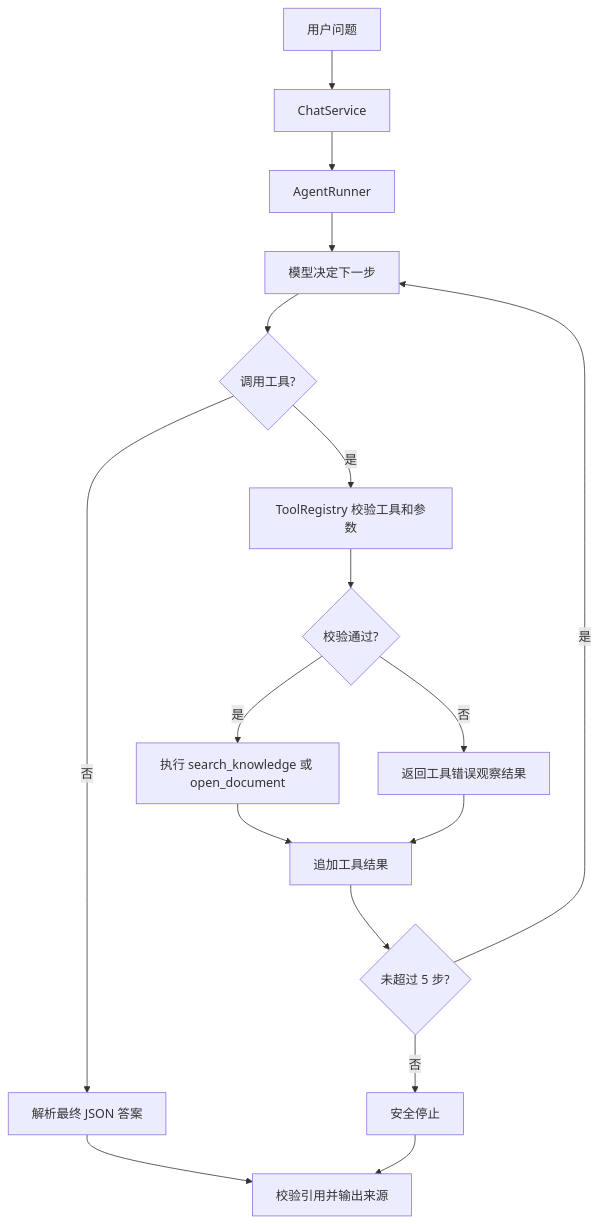
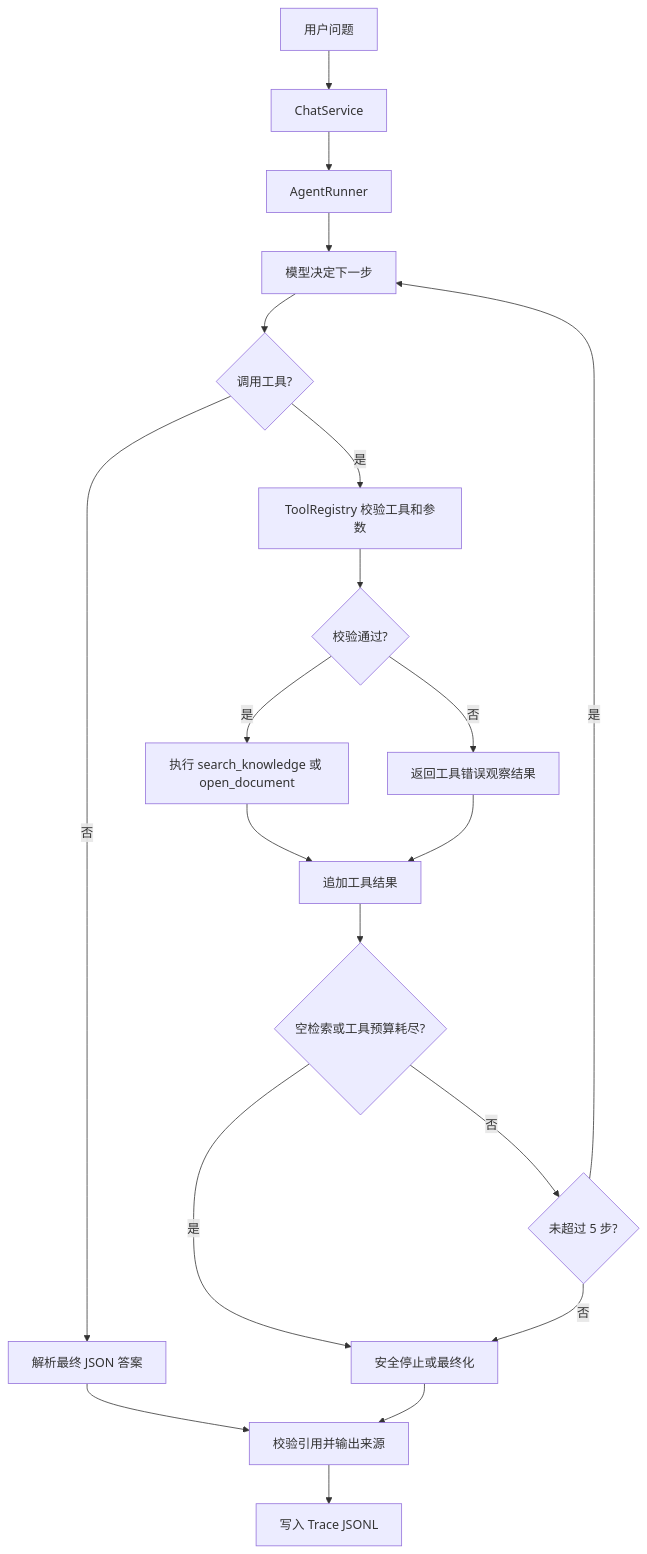
The diagram in studymate/README.md (BlankSDD/Learning-AI-Agent), drawn with Mermaid before and after one commit. The commit also changed other lines of this file and 23 other files, not shown here.

````diff
--- a/studymate/README.md
+++ b/studymate/README.md
@@ -331,19 +377,22 @@
 ```mermaid
 flowchart TD
     A[用户问题] --> B[ChatService]
     B --> C[AgentRunner]
     C --> D[模型决定下一步]
     D --> E{调用工具?}
     E -- 否 --> F[解析最终 JSON 答案]
     E -- 是 --> G[ToolRegistry 校验工具和参数]
     G --> H{校验通过?}
     H -- 否 --> I[返回工具错误观察结果]
     H -- 是 --> J[执行 search_knowledge 或 open_document]
     J --> K[追加工具结果]
     I --> K
-    K --> L{未超过 5 步?}
-    L -- 是 --> D
-    L -- 否 --> M[安全停止]
-    F --> N[校验引用并输出来源]
-    M --> N
+    K --> L{空检索或工具预算耗尽?}
+    L -- 是 --> M[安全停止或最终化]
+    L -- 否 --> N{未超过 5 步?}
+    N -- 是 --> D
+    N -- 否 --> M
+    F --> O[校验引用并输出来源]
+    M --> O
+    O --> P[写入 Trace JSONL]
 ```
````
